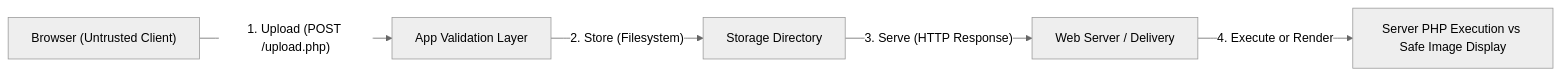
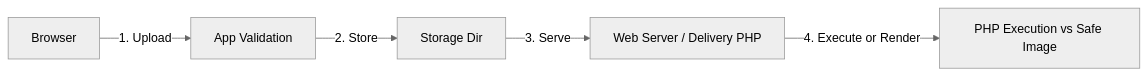
Before and after one commit to sunak-tech/upload-to-execution-lab: the diagram in labs/01-php-upload-defense/docs/en/hands-on-guide.md, drawn with Mermaid (neutral theme). The commit also changed other lines of this file and 38 other files, not shown here.

````diff
--- a/labs/01-php-upload-defense/docs/en/hands-on-guide.md
+++ b/labs/01-php-upload-defense/docs/en/hands-on-guide.md
@@ -122,7 +20,7 @@
 ```mermaid
 flowchart LR
-    C["Browser (Untrusted Client)"] -->|"1. Upload (POST /upload.php)"| A["App Validation Layer"]
-    A -->|"2. Store (Filesystem)"| S["Storage Directory"]
-    S -->|"3. Serve (HTTP Response)"| D["Web Server / Delivery"]
-    D -->|"4. Execute or Render"| E["Server PHP Execution vs Safe Image Display"]
+    U["Browser"] -->|"1. Upload"| A["App Validation"]
+    A -->|"2. Store"| S["Storage Dir"]
+    S -->|"3. Serve"| D["Web Server / Delivery PHP"]
+    D -->|"4. Execute or Render"| R["PHP Execution vs Safe Image"]
 ```
````
